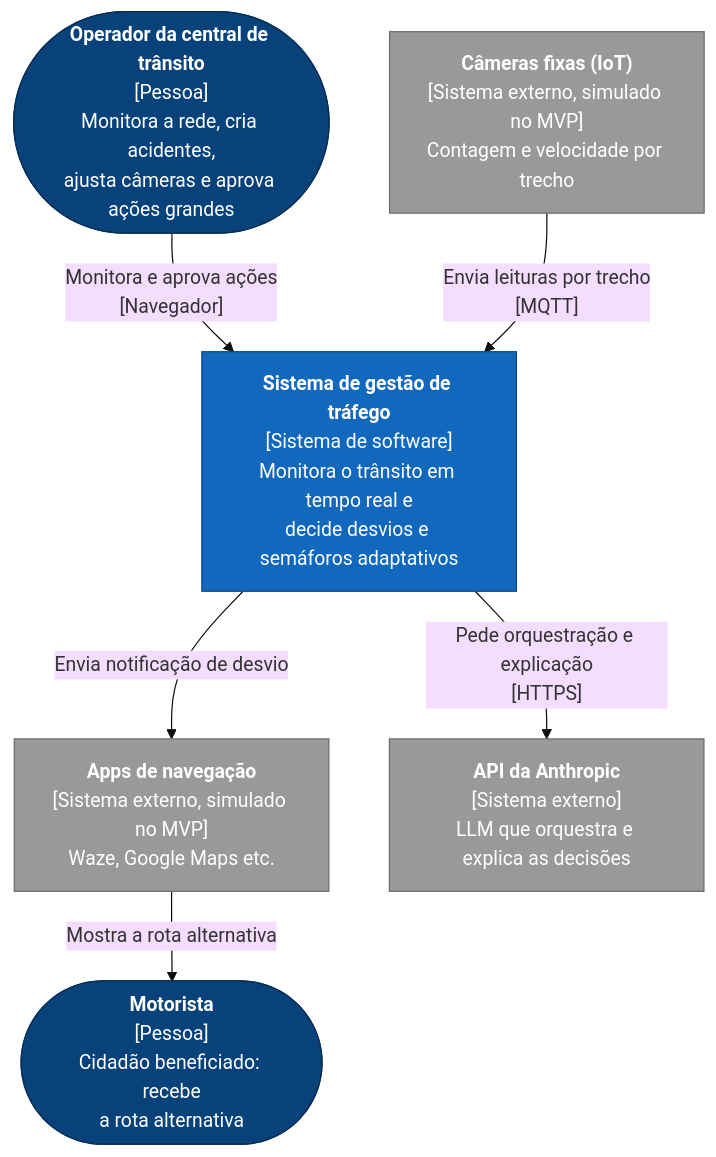
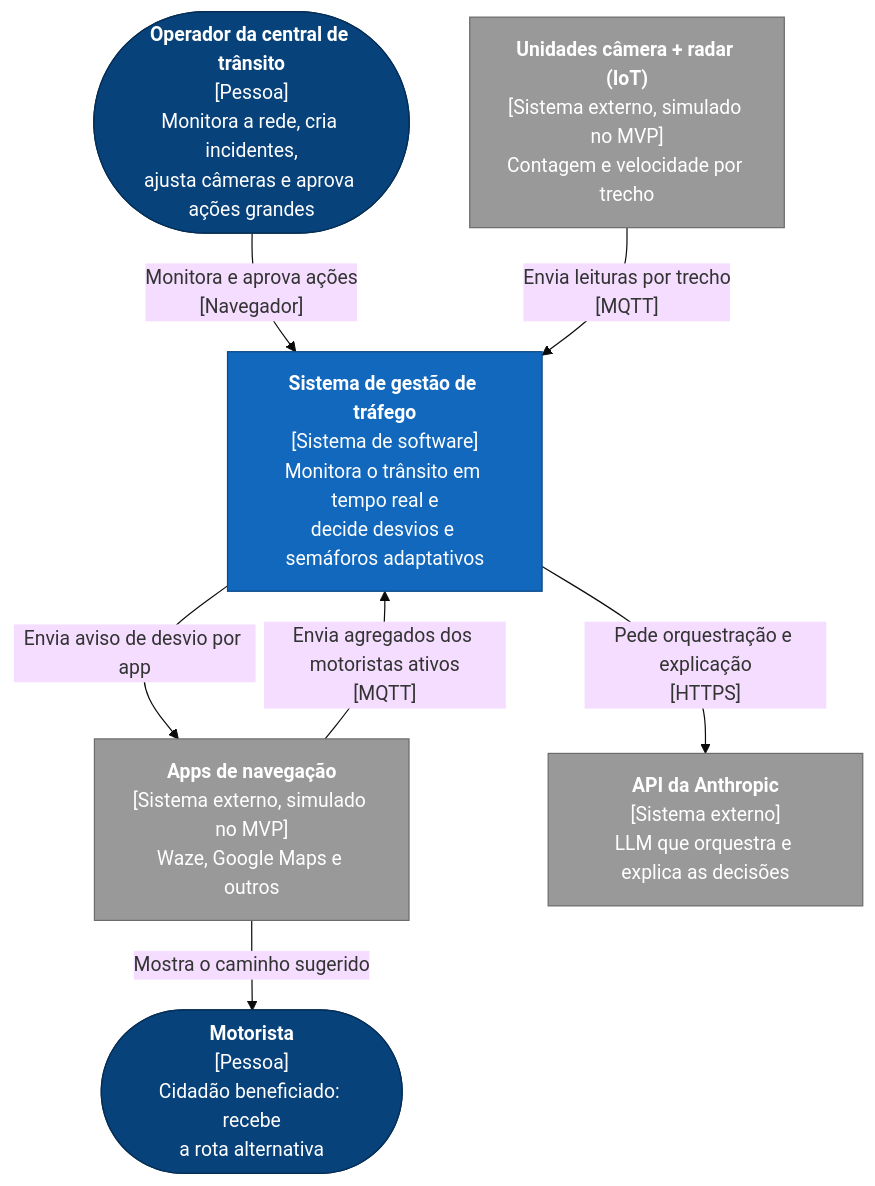
The second of 3 diagrams in 2TIAO/GLOBAL-SOLUTION-2/GETTING_STARTED.md (EdsonHenrique96/global-solution-2), drawn with Mermaid (base theme) before and after one commit. The commit also changed other lines of this file and 1 other file, not shown here.

Commit message:
docs: describe the 4x4 Jardins grid and camera+radar units

````diff
--- a/2TIAO/GLOBAL-SOLUTION-2/GETTING_STARTED.md
+++ b/2TIAO/GLOBAL-SOLUTION-2/GETTING_STARTED.md
@@ -61,24 +67,25 @@
 ```mermaid
 flowchart TB
-    operador(["<b>Operador da central de trânsito</b><br/>[Pessoa]<br/>Monitora a rede, cria acidentes,<br/>ajusta câmeras e aprova ações grandes"])
+    operador(["<b>Operador da central de trânsito</b><br/>[Pessoa]<br/>Monitora a rede, cria incidentes,<br/>ajusta câmeras e aprova ações grandes"])
     motorista(["<b>Motorista</b><br/>[Pessoa]<br/>Cidadão beneficiado: recebe<br/>a rota alternativa"])
 
     sistema["<b>Sistema de gestão de tráfego</b><br/>[Sistema de software]<br/>Monitora o trânsito em tempo real e<br/>decide desvios e semáforos adaptativos"]
 
-    cameras["<b>Câmeras fixas (IoT)</b><br/>[Sistema externo, simulado no MVP]<br/>Contagem e velocidade por trecho"]
-    apps["<b>Apps de navegação</b><br/>[Sistema externo, simulado no MVP]<br/>Waze, Google Maps etc."]
+    cameras["<b>Unidades câmera + radar (IoT)</b><br/>[Sistema externo, simulado no MVP]<br/>Contagem e velocidade por trecho"]
+    apps["<b>Apps de navegação</b><br/>[Sistema externo, simulado no MVP]<br/>Waze, Google Maps e outros"]
     llm["<b>API da Anthropic</b><br/>[Sistema externo]<br/>LLM que orquestra e explica as decisões"]
 
     operador -- "Monitora e aprova ações<br/>[Navegador]" --> sistema
     cameras -- "Envia leituras por trecho<br/>[MQTT]" --> sistema
     sistema -- "Pede orquestração e explicação<br/>[HTTPS]" --> llm
-    sistema -- "Envia notificação de desvio" --> apps
-    apps -- "Mostra a rota alternativa" --> motorista
+    apps -- "Envia agregados dos motoristas ativos<br/>[MQTT]" --> sistema
+    sistema -- "Envia aviso de desvio por app" --> apps
+    apps -- "Mostra o caminho sugerido" --> motorista
 
     classDef person fill:#08427b,stroke:#052e56,color:#fff
     classDef system fill:#1168bd,stroke:#0b4884,color:#fff
     classDef external fill:#999,stroke:#6b6b6b,color:#fff
     class operador,motorista person
     class sistema system
     class cameras,apps,llm external
 ```
````
